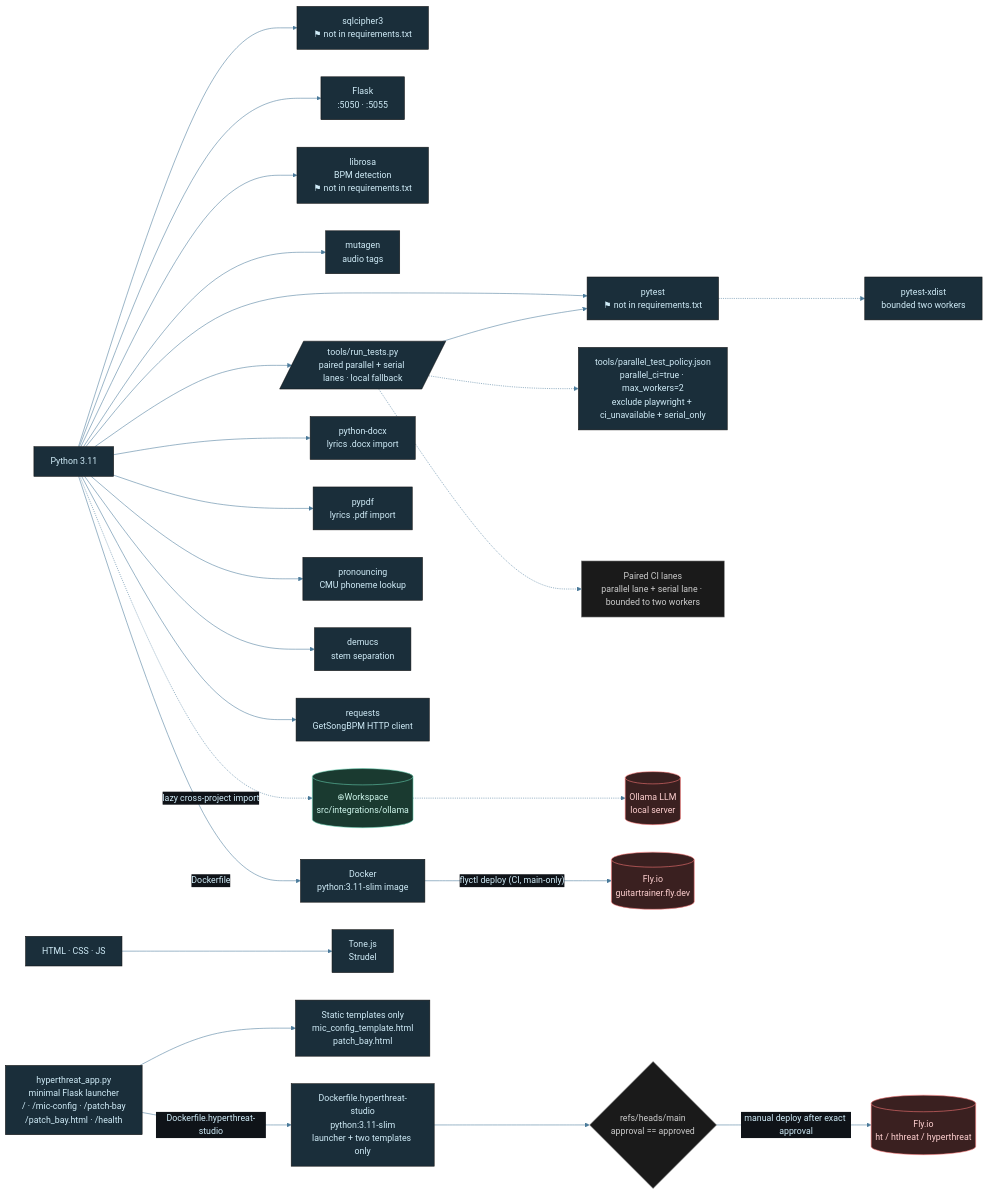
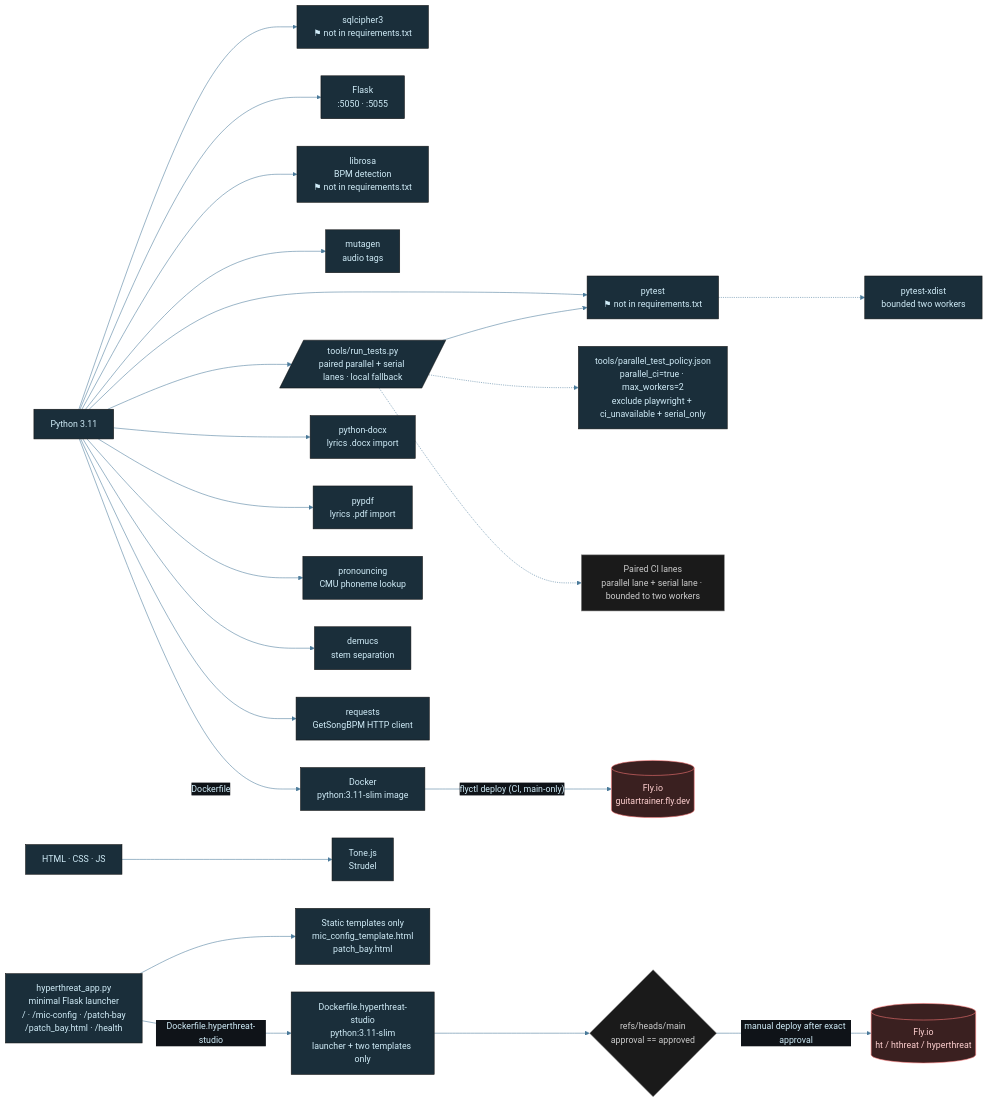
One commit to tylerdrakemusic/Music changed the diagram in diagrams/music-tech-stack.mmd. Above: the diagram before and after it, drawn with Mermaid. The commit also changed 10 other files, not shown here.

Commit message:
❤ music: FR-20260909 retire Ollama workspace-wide

```diff
--- a/diagrams/music-tech-stack.mmd
+++ b/diagrams/music-tech-stack.mmd
@@ -1,47 +1,44 @@
 %%{init: {'theme': 'base', 'themeVariables': {'primaryColor': '#1a2e3a', 'primaryTextColor': '#d0ecf8', 'edgeLabelBackground': '#0f1318', 'lineColor': '#4a7a9a'}}}%%
 graph LR
     Python[Python 3.11] --> SQLCipher["sqlcipher3<br/>⚑ not in requirements.txt"]
     Python --> Flask[Flask<br/>:5050 · :5055]
     Python --> Librosa["librosa<br/>BPM detection<br/>⚑ not in requirements.txt"]
     Python --> Mutagen[mutagen<br/>audio tags]
     Python --> Pytest["pytest<br/>⚑ not in requirements.txt"]
     Python --> TestRunner[/tools/run_tests.py<br/>paired parallel + serial lanes · local fallback/]
     TestRunner --> Pytest
     TestRunner -.-> TestPolicy[tools/parallel_test_policy.json<br/>parallel_ci=true · max_workers=2<br/>exclude playwright + ci_unavailable + serial_only]
     Pytest -.-> Xdist[pytest-xdist<br/>bounded two workers]
     TestRunner -.-> ParallelEvidence[Paired CI lanes<br/>parallel lane + serial lane · bounded to two workers]
     Python --> PythonDocx[python-docx<br/>lyrics .docx import]
     Python --> Pypdf[pypdf<br/>lyrics .pdf import]
     Python --> Pronouncing[pronouncing<br/>CMU phoneme lookup]
     Python --> Demucs[demucs<br/>stem separation]
     Python --> Requests[requests<br/>GetSongBPM HTTP client]
     Web[HTML · CSS · JS] --> Tone[Tone.js<br/>Strudel]
-    Python -.->|lazy cross-project import| WSOllama[(⊕Workspace<br/>src/integrations/ollama)]
-    WSOllama -.-> Ollama[(Ollama LLM<br/>local server)]
     Python -->|Dockerfile| Docker[Docker<br/>python:3.11-slim image] -->|"flyctl deploy (CI, main-only)"| FlyIO[(Fly.io<br/>guitartrainer.fly.dev)]
     HyperthreatLauncher["hyperthreat_app.py<br/>minimal Flask launcher<br/>/ · /mic-config · /patch-bay<br/>/patch_bay.html · /health"]
     HyperthreatTemplates["Static templates only<br/>mic_config_template.html<br/>patch_bay.html"]
     HyperthreatDocker["Dockerfile.hyperthreat-studio<br/>python:3.11-slim<br/>launcher + two templates only"]
     HyperthreatGate{"refs/heads/main<br/>approval == approved"}
     HyperthreatFly[(Fly.io<br/>ht / hthreat / hyperthreat)]
     HyperthreatLauncher --> HyperthreatTemplates
     HyperthreatLauncher -->|"Dockerfile.hyperthreat-studio"| HyperthreatDocker
     HyperthreatDocker --> HyperthreatGate
     HyperthreatGate -->|"manual deploy after exact approval"| HyperthreatFly
     class Python,Web lang
     class SQLCipher,Flask,Librosa,Mutagen,Pytest,TestRunner,TestPolicy,Xdist,Tone,PythonDocx,Pypdf,Pronouncing,Demucs,Requests lib
     class ParallelEvidence state
-    class WSOllama ws
-    class Ollama,FlyIO,HyperthreatFly ext
+    class FlyIO,HyperthreatFly ext
     class HyperthreatLauncher,HyperthreatTemplates,HyperthreatDocker svc
     class HyperthreatGate state
 
 classDef life     fill:#1a2e3a,stroke:#6ab4d4,color:#d0ecf8
 classDef music    fill:#3a1a24,stroke:#d47a8f,color:#f8d0dc
 classDef quantum  fill:#251a3a,stroke:#a07adf,color:#e8d0f8
 classDef manifest fill:#3a2e1a,stroke:#d4a96a,color:#f8ead0
 classDef ws       fill:#1a3a30,stroke:#6ad4b4,color:#d0f8ee
 classDef tyler    fill:#2a1a3a,stroke:#9e4aff,color:#fff
 classDef ext      fill:#3a2020,stroke:#ff7a7a,color:#ffd0d0
 classDef db       fill:#3a3010,stroke:#d4c050,color:#f8f0c0
 classDef state    fill:#1a1a1a,stroke:#888888,color:#cccccc
```
